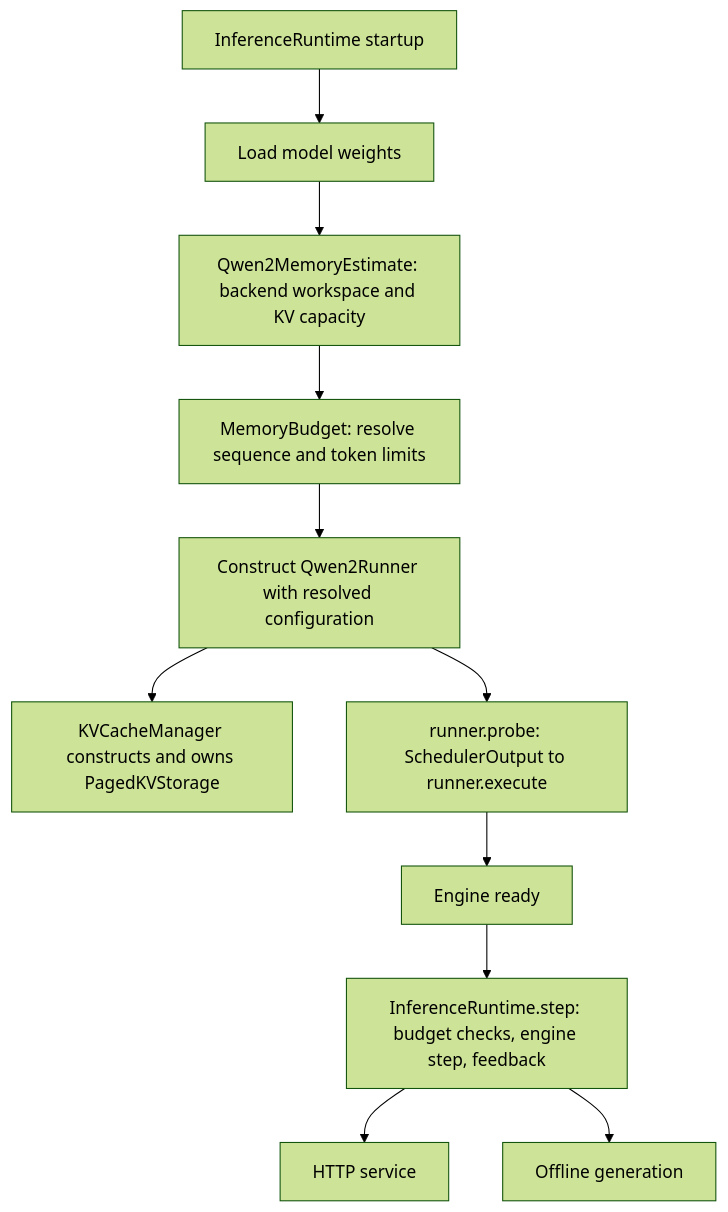
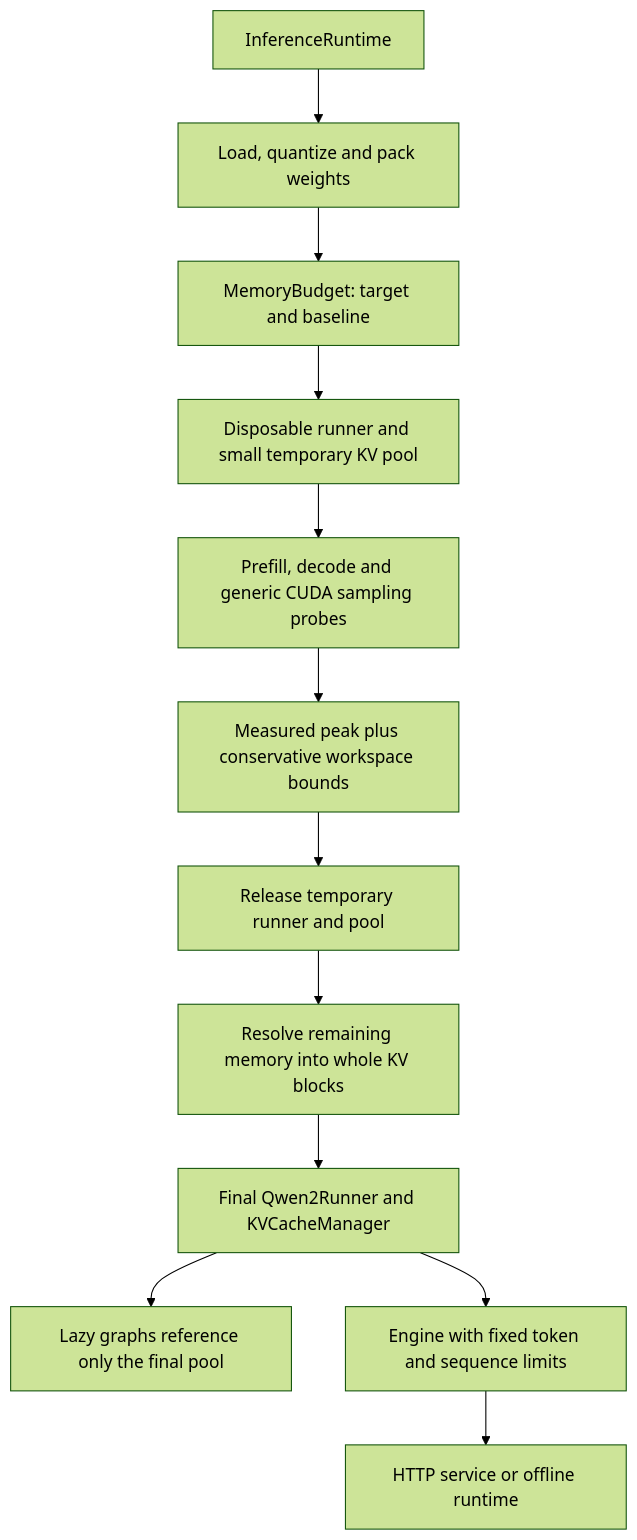
The second of 2 diagrams in ajvllm/docs/architecture/architecture.md (Huangsj1/ajLLM), drawn with Mermaid (forest theme) before and after one commit. The commit also changed other lines of this file and 54 other files, not shown here.

````diff
--- a/ajvllm/docs/architecture/architecture.md
+++ b/ajvllm/docs/architecture/architecture.md
@@ -595,13 +595,14 @@
 ```mermaid
 flowchart TD
-    R[InferenceRuntime startup] --> W[Load model weights]
-    W --> E[Qwen2MemoryEstimate: backend workspace and KV capacity]
-    E --> B[MemoryBudget: resolve sequence and token limits]
-    B --> Q[Construct Qwen2Runner with resolved configuration]
-    Q --> M[KVCacheManager constructs and owns PagedKVStorage]
-    Q --> P[runner.probe: SchedulerOutput to runner.execute]
-    P --> C[Engine ready]
-    C --> S[InferenceRuntime.step: budget checks, engine step, feedback]
-    S --> H[HTTP service]
-    S --> O[Offline generation]
+    R[InferenceRuntime] --> W[Load, quantize and pack weights]
+    W --> B[MemoryBudget: target and baseline]
+    B --> P[Disposable runner and small temporary KV pool]
+    P --> F[Prefill, decode and generic CUDA sampling probes]
+    F --> E[Measured peak plus conservative workspace bounds]
+    E --> D[Release temporary runner and pool]
+    D --> C[Resolve remaining memory into whole KV blocks]
+    C --> Q[Final Qwen2Runner and KVCacheManager]
+    Q --> G[Lazy graphs reference only the final pool]
+    Q --> S[Engine with fixed token and sequence limits]
+    S --> H[HTTP service or offline runtime]
 ```
````
